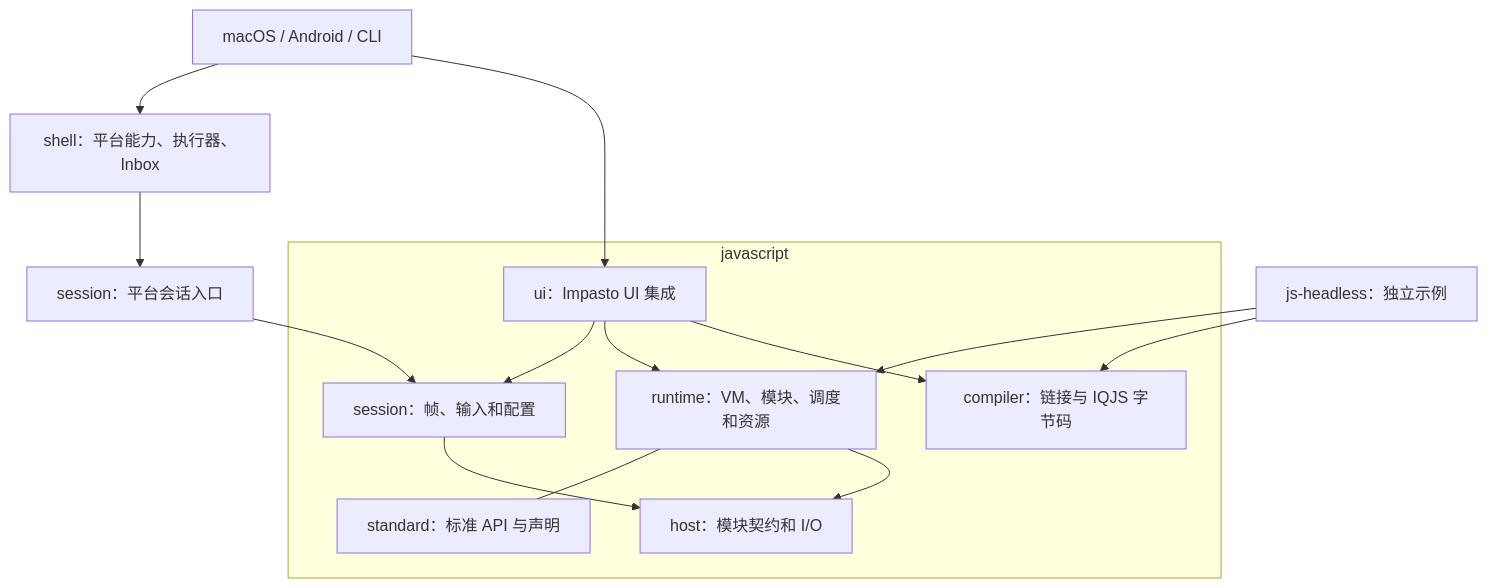
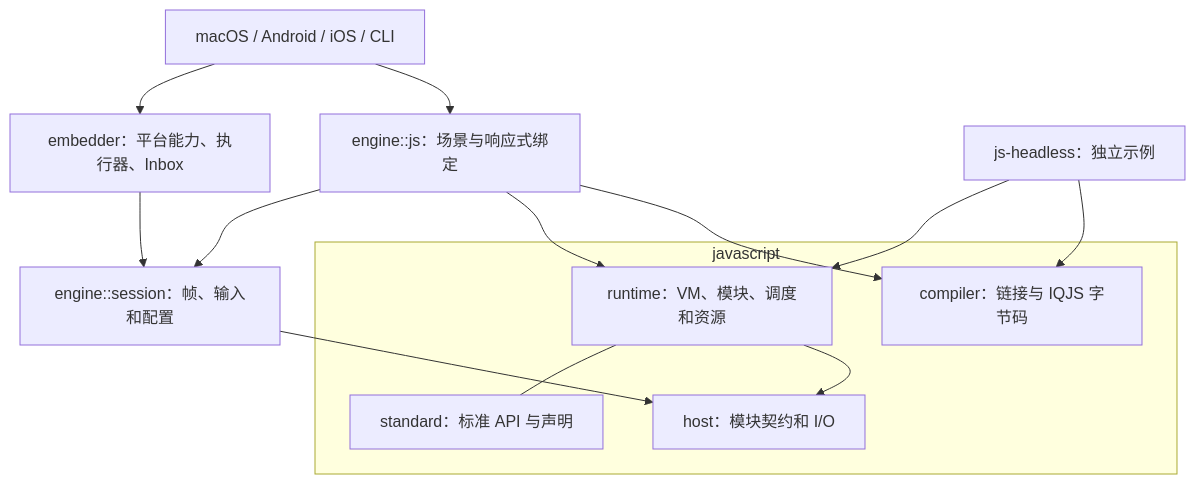
One commit to peterich-rs/Impasto changed the diagram in docs/design/js-runtime/runtime-and-standard-library.md. Above: the diagram before and after it, drawn with Mermaid. The commit also changed other lines of this file and 376 other files, not shown here.

````diff
--- a/docs/design/js-runtime/runtime-and-standard-library.md
+++ b/docs/design/js-runtime/runtime-and-standard-library.md
@@ -17,27 +17,25 @@
 ```mermaid
 flowchart TD
-    platform["macOS / Android / CLI"]
-    shell["shell：平台能力、执行器、Inbox"]
-    facade["session：平台会话入口"]
+    platform["macOS / Android / iOS / CLI"]
+    shell["embedder：平台能力、执行器、Inbox"]
+    session["engine::session：帧、输入和配置"]
+    ui["engine::js：场景与响应式绑定"]
     headless["js-headless：独立示例"]
     subgraph javascript["javascript"]
-        ui["ui：Impasto UI 集成"]
-        session["session：帧、输入和配置"]
         runtime["runtime：VM、模块、调度和资源"]
         compiler["compiler：链接与 IQJS 字节码"]
         standard["standard：标准 API 与声明"]
         host["host：模块契约和 I/O"]
-        ui --> session
-        ui --> runtime
-        ui --> compiler
         runtime --- standard
         runtime --> host
-        session --> host
     end
     platform --> shell
     platform --> ui
-    shell --> facade
-    facade --> session
+    shell --> session
+    ui --> session
+    ui --> runtime
+    ui --> compiler
+    session --> host
     headless --> runtime
     headless --> compiler
 ```
````
